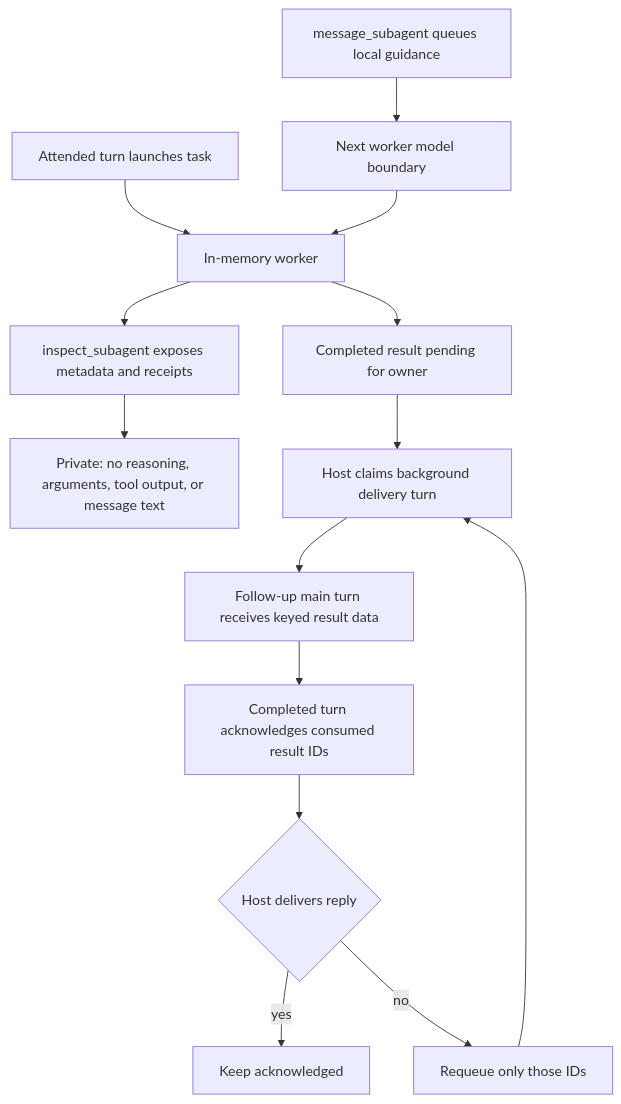
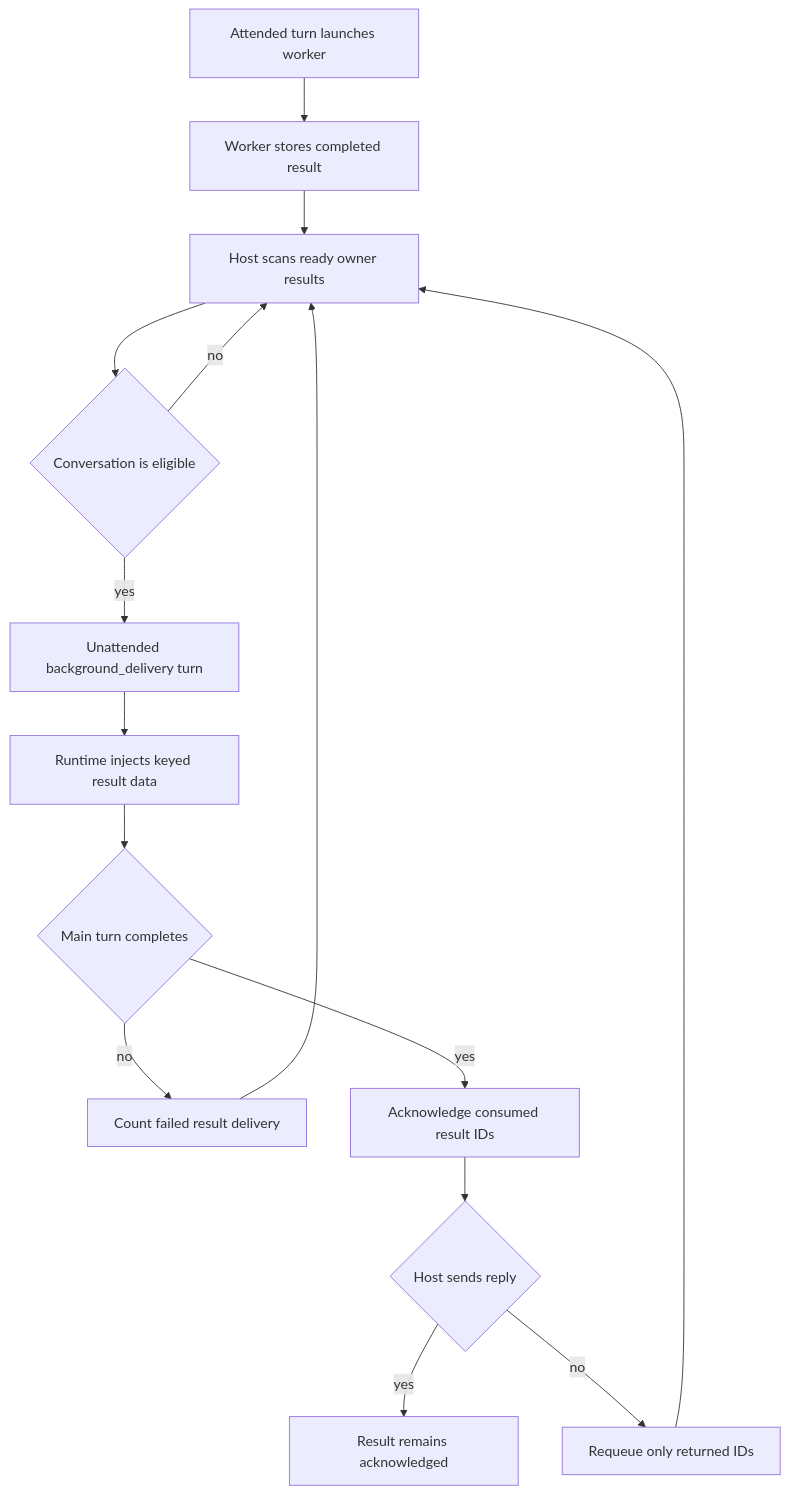
The second of 2 diagrams in openwiki/concepts/talon-scheduling.md (langchain-ai/deepagents), drawn with Mermaid before and after one commit. The commit also changed other lines of this file and 63 other files, not shown here.

````diff
--- a/openwiki/concepts/talon-scheduling.md
+++ b/openwiki/concepts/talon-scheduling.md
@@ -107,16 +95,17 @@
 ```mermaid
 flowchart TD
-    Launch["Attended turn launches task"] --> Worker["In-memory worker"]
-    Worker --> Inspect["inspect_subagent exposes metadata and receipts"]
-    Inspect --> Private["Private: no reasoning, arguments, tool output, or message text"]
-    Guide["message_subagent queues local guidance"] --> Boundary["Next worker model boundary"]
-    Boundary --> Worker
-    Worker --> Pending["Completed result pending for owner"]
-    Pending --> Dispatch["Host claims background delivery turn"]
-    Dispatch --> Main["Follow-up main turn receives keyed result data"]
-    Main --> Ack["Completed turn acknowledges consumed result IDs"]
-    Ack --> Delivery{"Host delivers reply"}
-    Delivery -->|"yes"| Done["Keep acknowledged"]
-    Delivery -->|"no"| Requeue["Requeue only those IDs"]
-    Requeue --> Dispatch
+    Launch["Attended turn launches worker"] --> Pending["Worker stores completed result"]
+    Pending --> Scan["Host scans ready owner results"]
+    Scan --> Gate{"Conversation is eligible"}
+    Gate -->|"no"| Scan
+    Gate -->|"yes"| Followup["Unattended background_delivery turn"]
+    Followup --> Inject["Runtime injects keyed result data"]
+    Inject --> Completed{"Main turn completes"}
+    Completed -->|"no"| Retry["Count failed result delivery"]
+    Retry --> Scan
+    Completed -->|"yes"| Ack["Acknowledge consumed result IDs"]
+    Ack --> Sent{"Host sends reply"}
+    Sent -->|"yes"| Final["Result remains acknowledged"]
+    Sent -->|"no"| Requeue["Requeue only returned IDs"]
+    Requeue --> Scan
 ```
````
